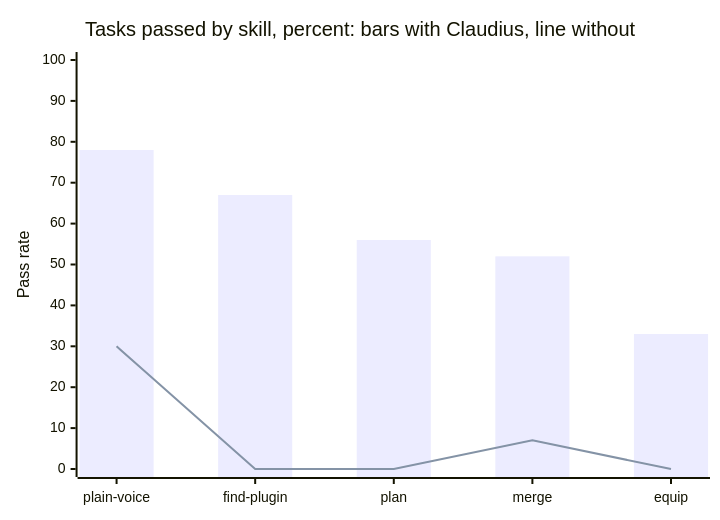
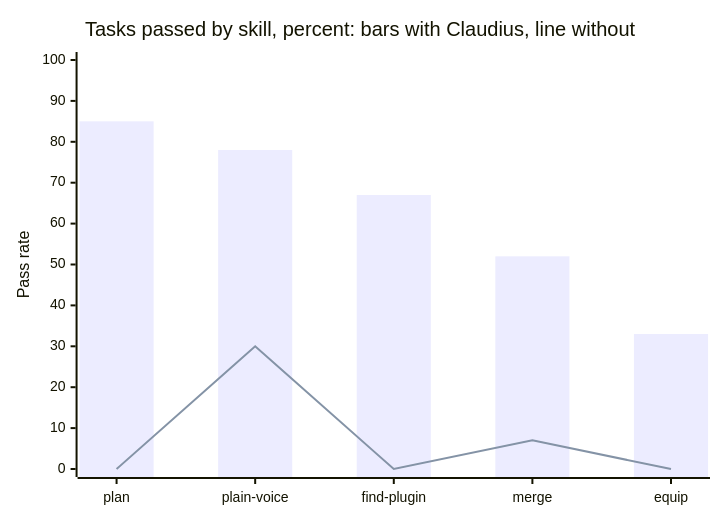
Before and after one commit to Colorado-Startups/claudius: the first of 2 diagrams in SCORECARD.md, drawn with Mermaid. The commit also changed other lines of this file and 8 other files, not shown here.

````diff
--- a/SCORECARD.md
+++ b/SCORECARD.md
@@ -17,8 +17,8 @@
 ```mermaid
 xychart-beta
   title "Tasks passed by skill, percent: bars with Claudius, line without"
-  x-axis ["plain-voice", "find-plugin", "plan", "merge", "equip"]
+  x-axis ["plan", "plain-voice", "find-plugin", "merge", "equip"]
   y-axis "Pass rate" 0 --> 100
-  bar [78, 67, 56, 52, 33]
-  line [30, 0, 0, 7, 0]
+  bar [85, 78, 67, 52, 33]
+  line [0, 30, 0, 7, 0]
 ```
````
